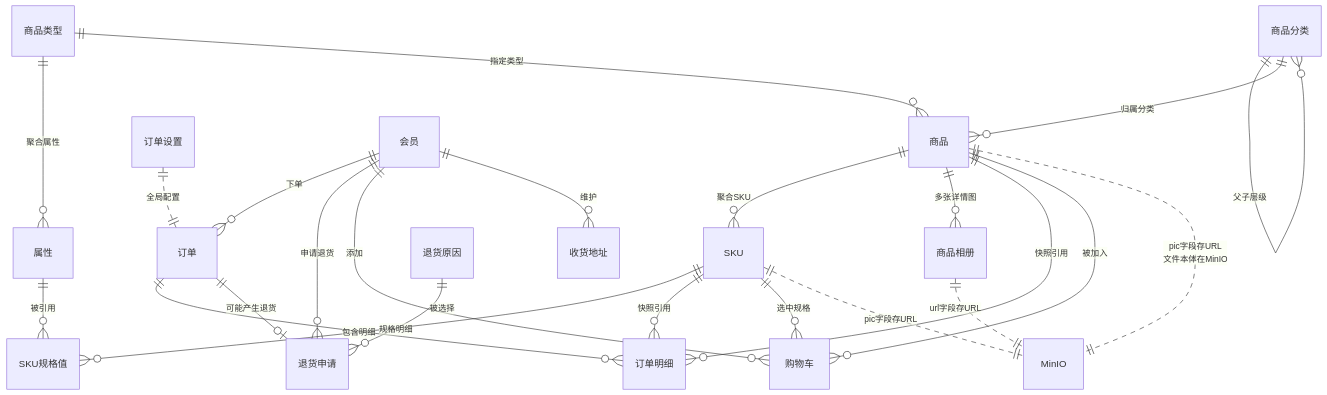
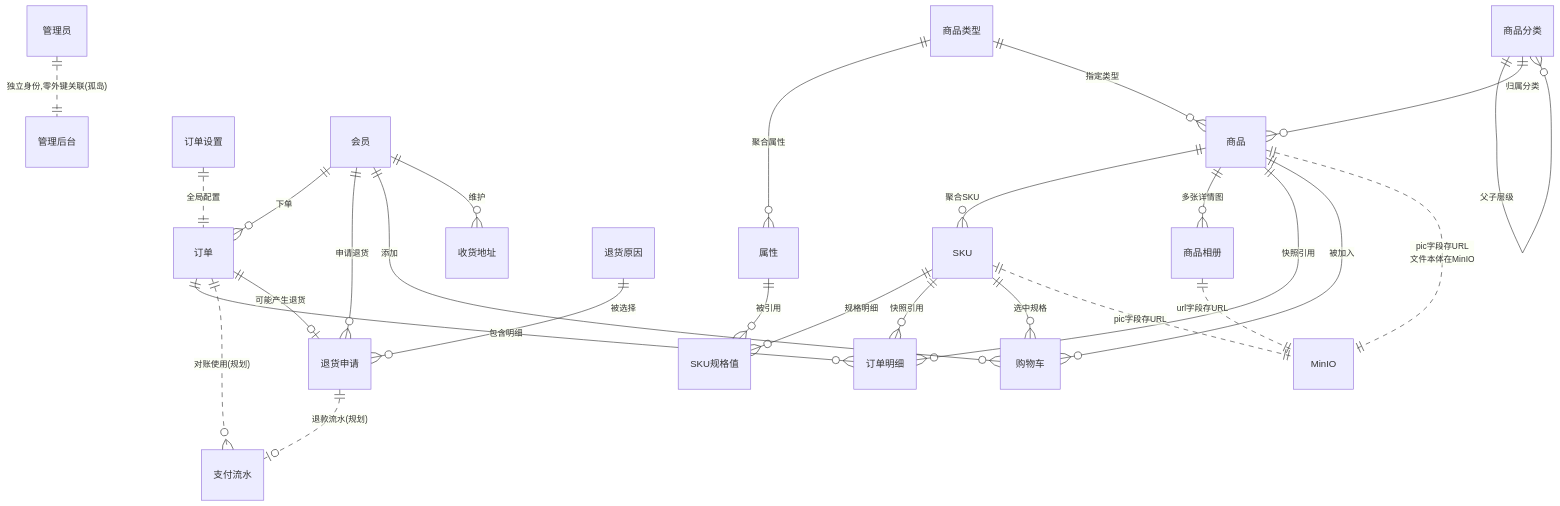
One commit to zzy-repo/qiqi-mall changed the diagram in docs/er/10-ER图-总览.mmd. Above: the diagram before and after it, drawn with Mermaid. The commit also changed 44 other files, not shown here.

```diff
--- a/docs/er/10-ER图-总览.mmd
+++ b/docs/er/10-ER图-总览.mmd
@@ -1,24 +1,27 @@
 erDiagram
     商品分类 ||--o{ 商品分类 : "父子层级"
     商品分类 ||--o{ 商品 : "归属分类"
     商品类型 ||--o{ 属性 : "聚合属性"
     商品类型 ||--o{ 商品 : "指定类型"
     商品 ||--o{ SKU : "聚合SKU"
     SKU ||--o{ SKU规格值 : "规格明细"
     属性 ||--o{ SKU规格值 : "被引用"
     商品 ||--o{ 商品相册 : "多张详情图"
     订单 ||--o{ 订单明细 : "包含明细"
+    订单 ||..o{ 支付流水 : "对账使用(规划)"
+    退货申请 ||..o| 支付流水 : "退款流水(规划)"
     订单 ||--o| 退货申请 : "可能产生退货"
     退货原因 ||--o{ 退货申请 : "被选择"
     订单设置 ||..|| 订单 : "全局配置"
     商品 ||--o{ 订单明细 : "快照引用"
     SKU ||--o{ 订单明细 : "快照引用"
     会员 ||--o{ 订单 : "下单"
     会员 ||--o{ 退货申请 : "申请退货"
     会员 ||--o{ 购物车 : "添加"
     商品 ||--o{ 购物车 : "被加入"
     SKU ||--o{ 购物车 : "选中规格"
     会员 ||--o{ 收货地址 : "维护"
+    管理员 ||..|| 管理后台 : "独立身份,零外键关联(孤岛)"
     商品 ||..|| MinIO : "pic字段存URL<br/>文件本体在MinIO"
     SKU ||..|| MinIO : "pic字段存URL"
     商品相册 ||..|| MinIO : "url字段存URL"
```
